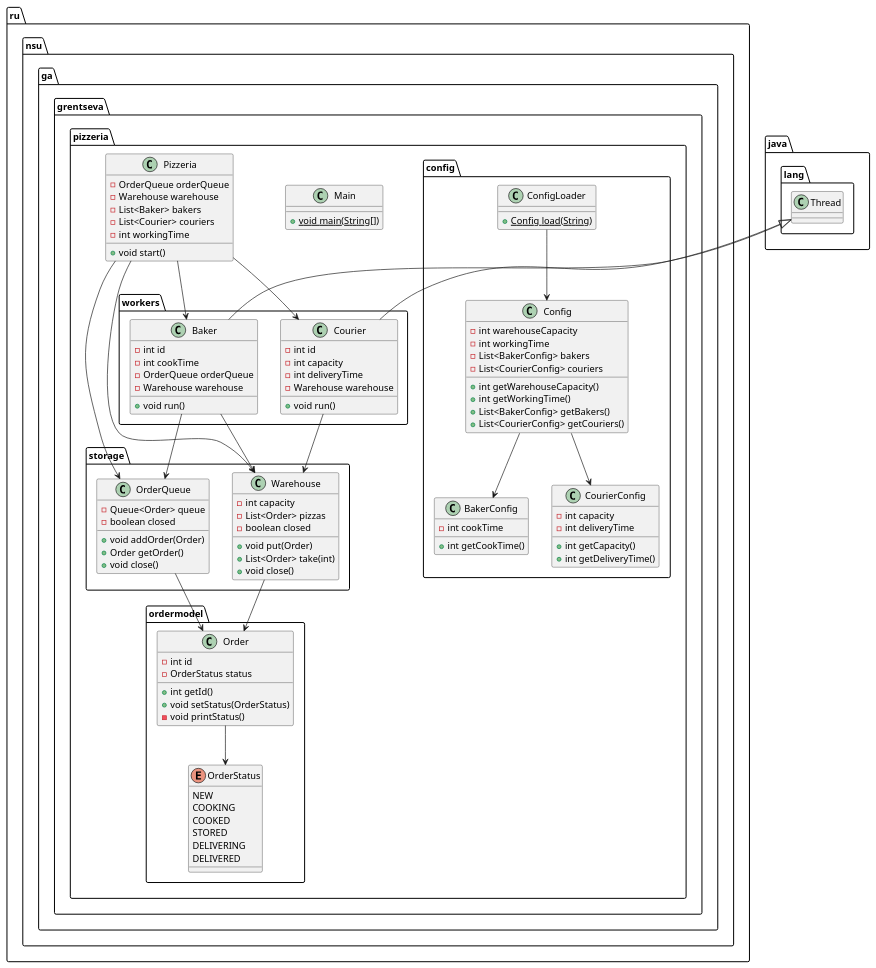
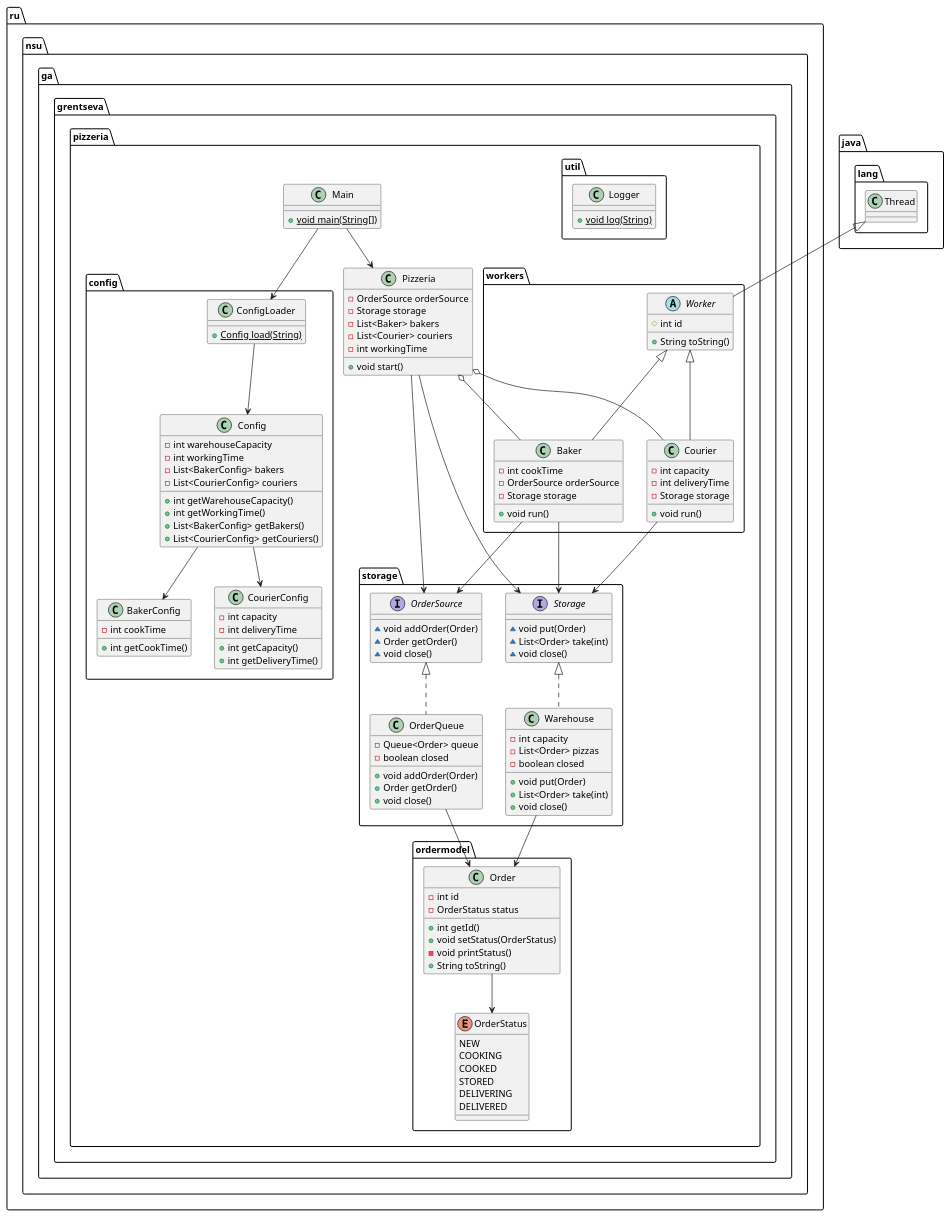
One commit to agrentseva/OOP changed the diagram in Task_2_2_1/UML.puml. Above: the diagram before and after it, drawn with PlantUML.

Commit message:
also UML

```diff
--- a/Task_2_2_1/UML.puml
+++ b/Task_2_2_1/UML.puml
@@ -1,137 +1,148 @@
 @startuml
 
-package ru.nsu.ga.grentseva.pizzeria {
-
-class Main {
-+ {static} void main(String[])
+class ru.nsu.ga.grentseva.pizzeria.config.BakerConfig {
+- int cookTime
++ int getCookTime()
 }
 
-class Pizzeria {
-- OrderQueue orderQueue
-- Warehouse warehouse
-- List<Baker> bakers
-- List<Courier> couriers
-- int workingTime
-+ void start()
-}
-
-}
-
-package ru.nsu.ga.grentseva.pizzeria.workers {
-
-class Baker {
-- int id
-- int cookTime
-- OrderQueue orderQueue
-- Warehouse warehouse
-+ void run()
-}
-
-class Courier {
-- int id
-- int capacity
-- int deliveryTime
-- Warehouse warehouse
-+ void run()
-}
-
-}
-
-package ru.nsu.ga.grentseva.pizzeria.storage {
-
-class OrderQueue {
+class ru.nsu.ga.grentseva.pizzeria.storage.OrderQueue {
 - Queue<Order> queue
 - boolean closed
 + void addOrder(Order)
 + Order getOrder()
 + void close()
 }
 
-class Warehouse {
-- int capacity
-- List<Order> pizzas
-- boolean closed
-+ void put(Order)
-+ List<Order> take(int)
-+ void close()
+interface ru.nsu.ga.grentseva.pizzeria.storage.OrderSource {
+~ void addOrder(Order)
+~ Order getOrder()
+~ void close()
 }
 
-}
-
-package ru.nsu.ga.grentseva.pizzeria.ordermodel {
-
-class Order {
+class ru.nsu.ga.grentseva.pizzeria.ordermodel.Order {
 - int id
 - OrderStatus status
 + int getId()
 + void setStatus(OrderStatus)
 - void printStatus()
++ String toString()
 }
 
-enum OrderStatus {
-NEW
-COOKING
-COOKED
-STORED
-DELIVERING
-DELIVERED
+class ru.nsu.ga.grentseva.pizzeria.workers.Courier {
+- int capacity
+- int deliveryTime
+- Storage storage
++ void run()
 }
 
+class ru.nsu.ga.grentseva.pizzeria.util.Logger {
++ {static} void log(String)
 }
 
-package ru.nsu.ga.grentseva.pizzeria.config {
+class ru.nsu.ga.grentseva.pizzeria.config.CourierConfig {
+- int capacity
+- int deliveryTime
++ int getCapacity()
++ int getDeliveryTime()
+}
 
-class Config {
+class ru.nsu.ga.grentseva.pizzeria.Pizzeria {
+- OrderSource orderSource
+- Storage storage
+- List<Baker> bakers
+- List<Courier> couriers
+- int workingTime
++ void start()
+}
+
+class ru.nsu.ga.grentseva.pizzeria.Main {
++ {static} void main(String[])
+}
+
+interface ru.nsu.ga.grentseva.pizzeria.storage.Storage {
+~ void put(Order)
+~ List<Order> take(int)
+~ void close()
+}
+
+class ru.nsu.ga.grentseva.pizzeria.config.Config {
 - int warehouseCapacity
 - int workingTime
 - List<BakerConfig> bakers
 - List<CourierConfig> couriers
 + int getWarehouseCapacity()
 + int getWorkingTime()
 + List<BakerConfig> getBakers()
 + List<CourierConfig> getCouriers()
 }
 
-class BakerConfig {
-- int cookTime
-+ int getCookTime()
-}
-
-class CourierConfig {
-- int capacity
-- int deliveryTime
-+ int getCapacity()
-+ int getDeliveryTime()
-}
-
-class ConfigLoader {
+class ru.nsu.ga.grentseva.pizzeria.config.ConfigLoader {
 + {static} Config load(String)
 }
 
+class ru.nsu.ga.grentseva.pizzeria.storage.Warehouse {
+- int capacity
+- List<Order> pizzas
+- boolean closed
++ void put(Order)
++ List<Order> take(int)
++ void close()
+}
+
+abstract class ru.nsu.ga.grentseva.pizzeria.workers.Worker {
+# int id
++ String toString()
+}
+
+enum ru.nsu.ga.grentseva.pizzeria.ordermodel.OrderStatus {
+NEW
+COOKING
+COOKED
+STORED
+DELIVERING
+DELIVERED
+}
+
+class ru.nsu.ga.grentseva.pizzeria.workers.Baker {
+- int cookTime
+- OrderSource orderSource
+- Storage storage
++ void run()
 }
 
 ' inheritance
-java.lang.Thread <|-- Baker
-java.lang.Thread <|-- Courier
+java.lang.Thread <|-- ru.nsu.ga.grentseva.pizzeria.workers.Worker
+ru.nsu.ga.grentseva.pizzeria.workers.Worker <|-- ru.nsu.ga.grentseva.pizzeria.workers.Baker
+ru.nsu.ga.grentseva.pizzeria.workers.Worker <|-- ru.nsu.ga.grentseva.pizzeria.workers.Courier
+
+' interfaces
+ru.nsu.ga.grentseva.pizzeria.storage.OrderSource <|.. ru.nsu.ga.grentseva.pizzeria.storage.OrderQueue
+ru.nsu.ga.grentseva.pizzeria.storage.Storage <|.. ru.nsu.ga.grentseva.pizzeria.storage.Warehouse
 
 ' associations
-Pizzeria --> OrderQueue
-Pizzeria --> Warehouse
-Pizzeria --> Baker
-Pizzeria --> Courier
+ru.nsu.ga.grentseva.pizzeria.workers.Baker --> ru.nsu.ga.grentseva.pizzeria.storage.OrderSource
+ru.nsu.ga.grentseva.pizzeria.workers.Baker --> ru.nsu.ga.grentseva.pizzeria.storage.Storage
 
-Baker --> OrderQueue
-Baker --> Warehouse
+ru.nsu.ga.grentseva.pizzeria.workers.Courier --> ru.nsu.ga.grentseva.pizzeria.storage.Storage
 
-Courier --> Warehouse
+ru.nsu.ga.grentseva.pizzeria.storage.Warehouse --> ru.nsu.ga.grentseva.pizzeria.ordermodel.Order
+ru.nsu.ga.grentseva.pizzeria.storage.OrderQueue --> ru.nsu.ga.grentseva.pizzeria.ordermodel.Order
 
-Warehouse --> Order
-OrderQueue --> Order
+ru.nsu.ga.grentseva.pizzeria.ordermodel.Order --> ru.nsu.ga.grentseva.pizzeria.ordermodel.OrderStatus
 
-Order --> OrderStatus
+' config relations
+ru.nsu.ga.grentseva.pizzeria.config.Config --> ru.nsu.ga.grentseva.pizzeria.config.BakerConfig
+ru.nsu.ga.grentseva.pizzeria.config.Config --> ru.nsu.ga.grentseva.pizzeria.config.CourierConfig
 
-Config --> BakerConfig
-Config --> CourierConfig
-ConfigLoader --> Config
+ru.nsu.ga.grentseva.pizzeria.config.ConfigLoader --> ru.nsu.ga.grentseva.pizzeria.config.Config
+
+' main relations
+ru.nsu.ga.grentseva.pizzeria.Main --> ru.nsu.ga.grentseva.pizzeria.config.ConfigLoader
+ru.nsu.ga.grentseva.pizzeria.Main --> ru.nsu.ga.grentseva.pizzeria.Pizzeria
+
+ru.nsu.ga.grentseva.pizzeria.Pizzeria --> ru.nsu.ga.grentseva.pizzeria.storage.OrderSource
+ru.nsu.ga.grentseva.pizzeria.Pizzeria --> ru.nsu.ga.grentseva.pizzeria.storage.Storage
+ru.nsu.ga.grentseva.pizzeria.Pizzeria o-- ru.nsu.ga.grentseva.pizzeria.workers.Baker
+ru.nsu.ga.grentseva.pizzeria.Pizzeria o-- ru.nsu.ga.grentseva.pizzeria.workers.Courier
 
 @enduml
```
